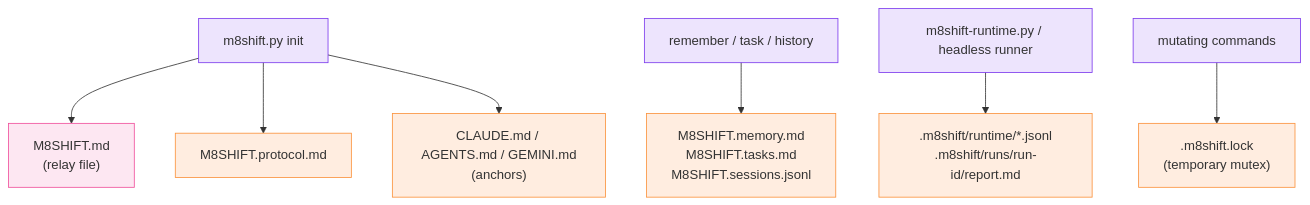
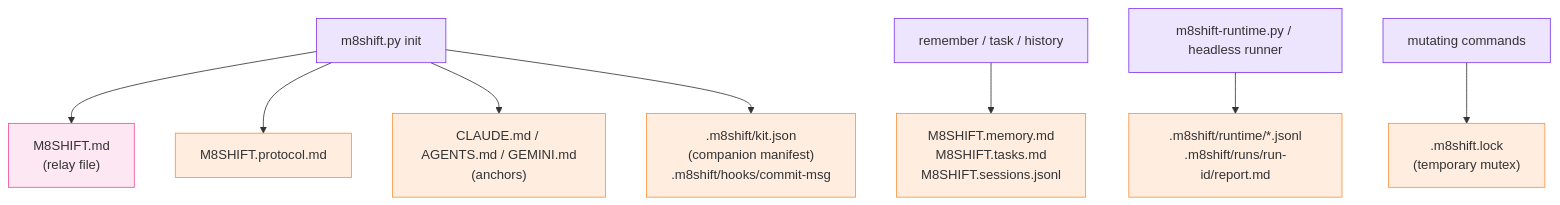
One commit to M8Shift/m8shift.github.io changed the diagram in docs/reference/generated-files.md. Above: the diagram before and after it, drawn with Mermaid. The commit also changed other lines of this file and 9 other files, not shown here.

````diff
--- a/docs/reference/generated-files.md
+++ b/docs/reference/generated-files.md
@@ -7,16 +7,17 @@
 ```mermaid
 flowchart TD
     INIT["m8shift.py init"] --> RELAY["M8SHIFT.md<br/>(relay file)"]
     INIT --> PROTO["M8SHIFT.protocol.md"]
     INIT --> ANCH["CLAUDE.md / AGENTS.md / GEMINI.md<br/>(anchors)"]
+    INIT --> KIT[".m8shift/kit.json<br/>(companion manifest)<br/>.m8shift/hooks/commit-msg"]
     CMD["remember / task / history"] --> LEDGER["M8SHIFT.memory.md<br/>M8SHIFT.tasks.md<br/>M8SHIFT.sessions.jsonl"]
     RT["m8shift-runtime.py / headless runner"] --> RUNTIME[".m8shift/runtime/*.jsonl<br/>.m8shift/runs/run-id/report.md"]
     MUT["mutating commands"] --> LOCK[".m8shift.lock<br/>(temporary mutex)"]
 
     classDef agent fill:#7c3aed22,stroke:#7c3aed;
     classDef pen fill:#f0509c22,stroke:#f0509c;
     classDef store fill:#ff7a1822,stroke:#fb923c;
     class INIT,CMD,MUT,RT agent
     class RELAY pen
-    class PROTO,ANCH,LOCK,LEDGER,RUNTIME store
+    class PROTO,ANCH,KIT,LOCK,LEDGER,RUNTIME store
 ```
````
